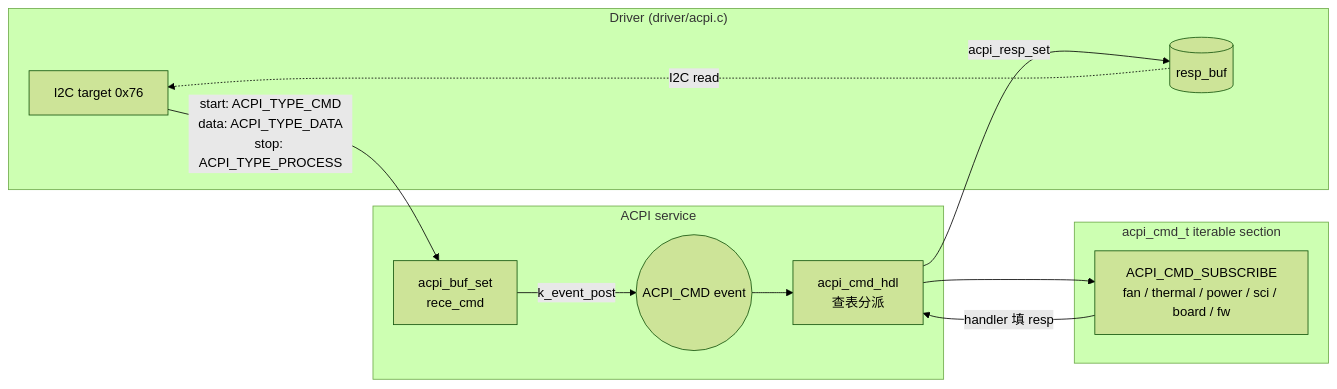
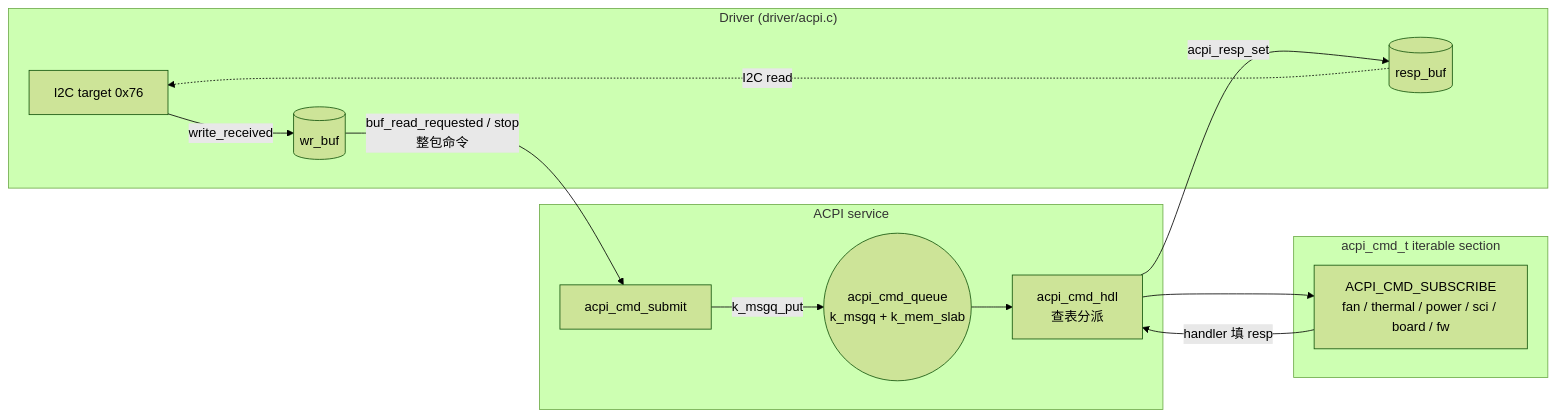
The diagram in service/acpi/readme.md (MCHP-Andy/ec_qualcomm), drawn with Mermaid (forest theme) before and after one commit. The commit also changed other lines of this file and 5 other files, not shown here.

Commit message:
refactor(acpi): submit whole cmd to service queue

````diff
--- a/service/acpi/readme.md
+++ b/service/acpi/readme.md
@@ -24,25 +24,27 @@
 ```mermaid
 graph LR
     subgraph "Driver (driver/acpi.c)"
         I2C[I2C target 0x76]
+        WR[(wr_buf)]
         RESP[(resp_buf)]
     end
 
     subgraph "ACPI service"
-        BUF[acpi_buf_set<br/>rece_cmd]
-        EVT((ACPI_CMD event))
+        BUF[acpi_cmd_submit]
+        EVT((acpi_cmd_queue<br/>k_msgq + k_mem_slab))
         HDL[acpi_cmd_hdl<br/>查表分派]
     end
 
     subgraph "acpi_cmd_t iterable section"
         TBL[ACPI_CMD_SUBSCRIBE<br/>fan / thermal / power / sci / board / fw]
     end
 
-    I2C -->|start: ACPI_TYPE_CMD<br/>data: ACPI_TYPE_DATA<br/>stop: ACPI_TYPE_PROCESS| BUF
-    BUF -->|k_event_post| EVT
+    I2C -->|write_received| WR
+    WR -->|buf_read_requested / stop<br/>整包命令| BUF
+    BUF -->|k_msgq_put| EVT
     EVT --> HDL
     HDL --> TBL
     TBL -->|handler 填 resp| HDL
     HDL -->|acpi_resp_set| RESP
     RESP -.->|I2C read| I2C
 ```
````
